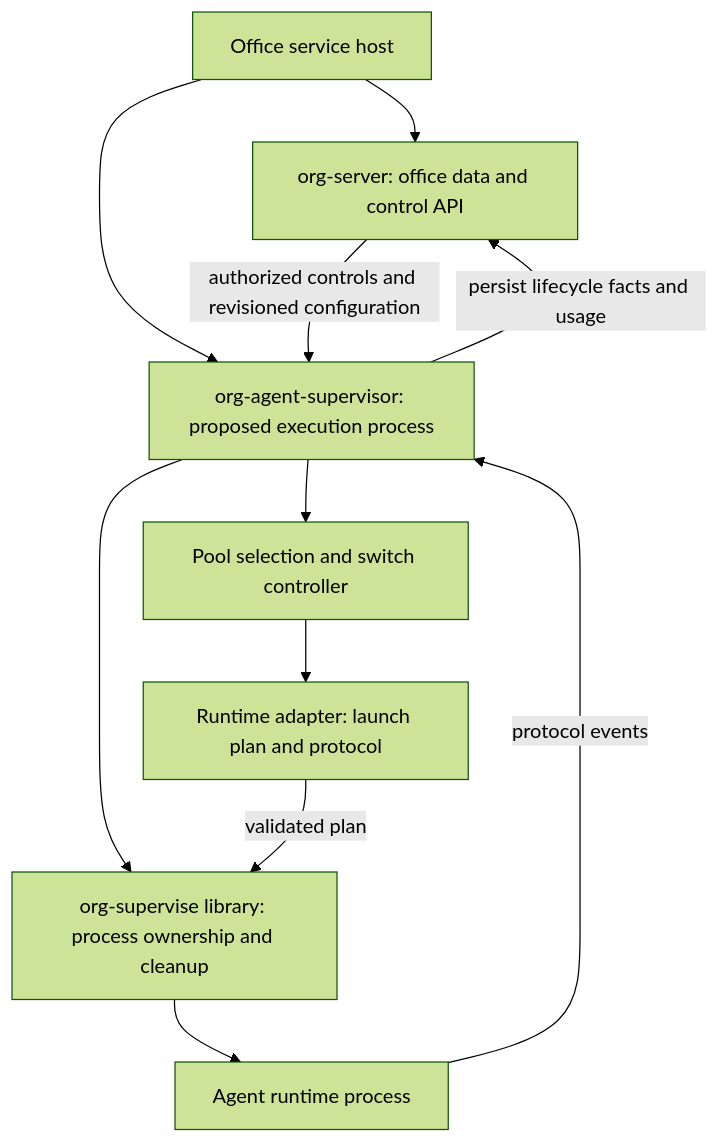
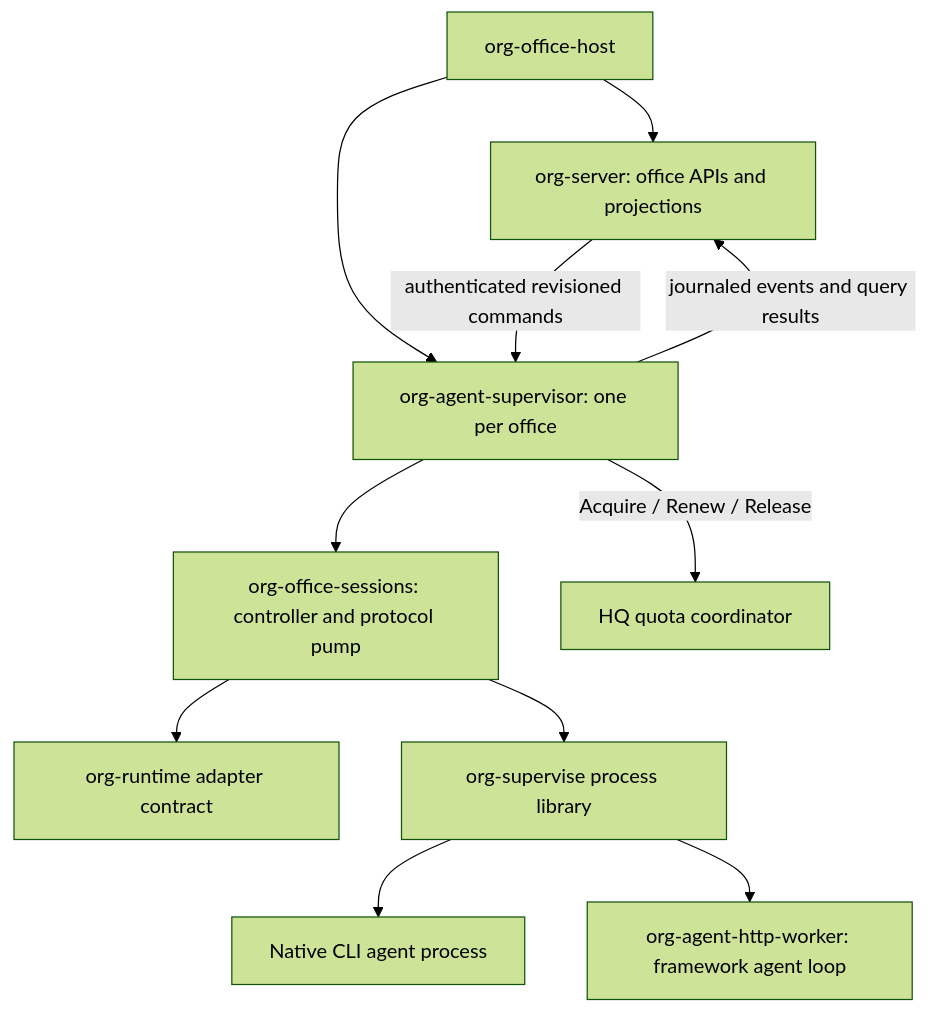
The first of 4 diagrams in docs/design/organization-data/11-agent-execution-pools-addendum.md (vgmello/agentic-org), drawn with Mermaid (forest theme) before and after one commit. The commit also changed other lines of this file, not shown here.

Commit message:
docs: define agent execution implementation contract

````diff
--- a/docs/design/organization-data/11-agent-execution-pools-addendum.md
+++ b/docs/design/organization-data/11-agent-execution-pools-addendum.md
@@ -39,13 +28,13 @@
 ```mermaid
 flowchart TD
-    Host[Office service host] --> Server[org-server: office data and control API]
-    Host --> Supervisor[org-agent-supervisor: proposed execution process]
-    Server -->|authorized controls and revisioned configuration| Supervisor
-    Supervisor -->|persist lifecycle facts and usage| Server
-    Supervisor --> Router[Pool selection and switch controller]
-    Router --> Adapter[Runtime adapter: launch plan and protocol]
-    Supervisor --> Primitives[org-supervise library: process ownership and cleanup]
-    Adapter -->|validated plan| Primitives
-    Primitives --> Agent[Agent runtime process]
-    Agent -->|protocol events| Supervisor
+    Host[org-office-host] --> Server[org-server: office APIs and projections]
+    Host --> Supervisor[org-agent-supervisor: one per office]
+    Server -->|authenticated revisioned commands| Supervisor
+    Supervisor -->|journaled events and query results| Server
+    Supervisor --> Pump[org-office-sessions: controller and protocol pump]
+    Pump --> Port[org-runtime adapter contract]
+    Pump --> OS[org-supervise process library]
+    OS --> CLI[Native CLI agent process]
+    OS --> HTTP[org-agent-http-worker: framework agent loop]
+    Supervisor -->|Acquire / Renew / Release| HQ[HQ quota coordinator]
 ```
````
